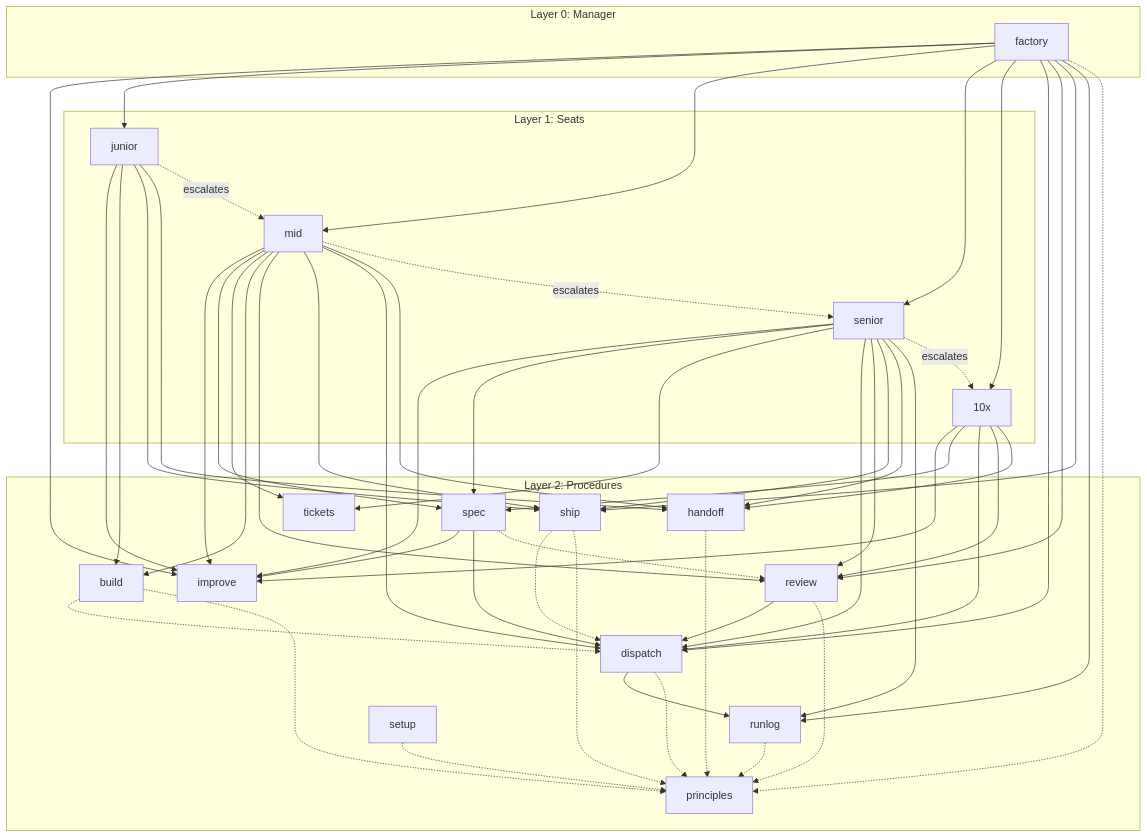
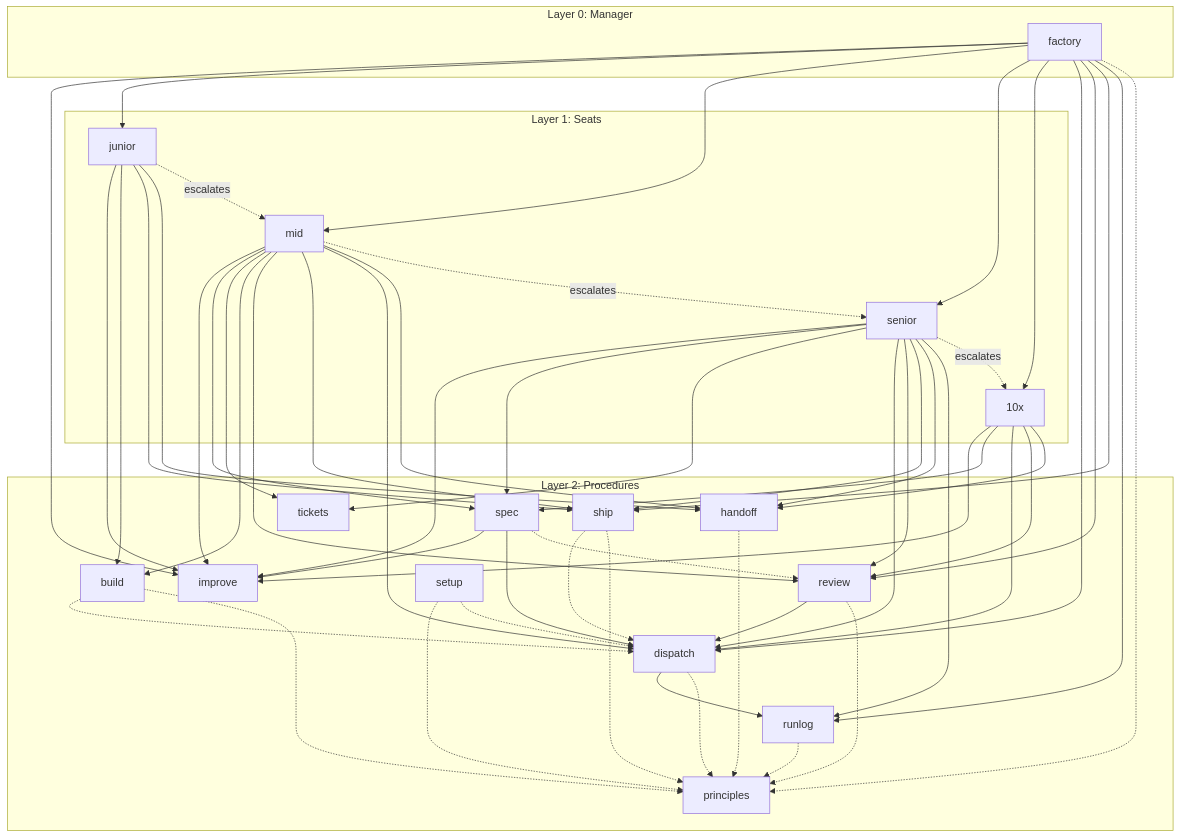
The diagram in docs/skill-graph.md (rishi23root/agent-skills), drawn with Mermaid before and after one commit. The commit also changed other lines of this file and 13 other files, not shown here.

````diff
--- a/docs/skill-graph.md
+++ b/docs/skill-graph.md
@@ -7,77 +7,78 @@
 ```mermaid
 flowchart TD
   subgraph L0["Layer 0: Manager"]
     s_factory["factory"]
   end
   subgraph L1["Layer 1: Seats"]
     s_10x["10x"]
     s_junior["junior"]
     s_mid["mid"]
     s_senior["senior"]
   end
   subgraph L2["Layer 2: Procedures"]
     s_build["build"]
     s_dispatch["dispatch"]
     s_handoff["handoff"]
     s_improve["improve"]
     s_principles["principles"]
     s_review["review"]
     s_runlog["runlog"]
     s_setup["setup"]
     s_ship["ship"]
     s_spec["spec"]
     s_tickets["tickets"]
   end
   s_factory --> s_improve
   s_factory --> s_junior
   s_factory --> s_mid
   s_factory --> s_senior
   s_factory --> s_10x
   s_factory --> s_dispatch
   s_factory --> s_review
   s_factory --> s_ship
   s_factory --> s_runlog
   s_10x --> s_improve
   s_10x --> s_spec
   s_10x --> s_dispatch
   s_10x --> s_review
   s_10x --> s_handoff
   s_junior --> s_improve
   s_junior --> s_build
   s_junior --> s_ship
   s_junior --> s_handoff
   s_mid --> s_improve
   s_mid --> s_spec
   s_mid --> s_tickets
   s_mid --> s_build
   s_mid --> s_review
   s_mid --> s_ship
   s_mid --> s_dispatch
   s_mid --> s_handoff
   s_senior --> s_improve
   s_senior --> s_spec
   s_senior --> s_tickets
   s_senior --> s_dispatch
   s_senior --> s_review
   s_senior --> s_ship
   s_senior --> s_handoff
   s_senior --> s_runlog
   s_dispatch --> s_runlog
   s_review --> s_dispatch
   s_spec --> s_improve
   s_spec --> s_dispatch
   s_factory -.-> s_principles
   s_build -.-> s_dispatch
   s_build -.-> s_principles
   s_dispatch -.-> s_principles
   s_handoff -.-> s_principles
   s_review -.-> s_principles
   s_runlog -.-> s_principles
   s_setup -.-> s_principles
+  s_setup -.-> s_dispatch
   s_ship -.-> s_dispatch
   s_ship -.-> s_principles
   s_spec -.-> s_review
   s_junior -. escalates .-> s_mid
   s_mid -. escalates .-> s_senior
   s_senior -. escalates .-> s_10x
 ```
````
